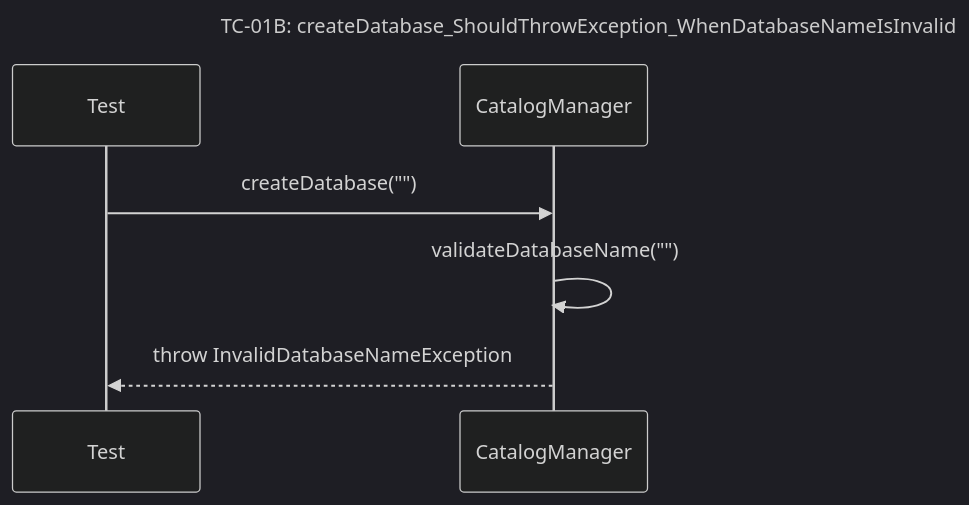
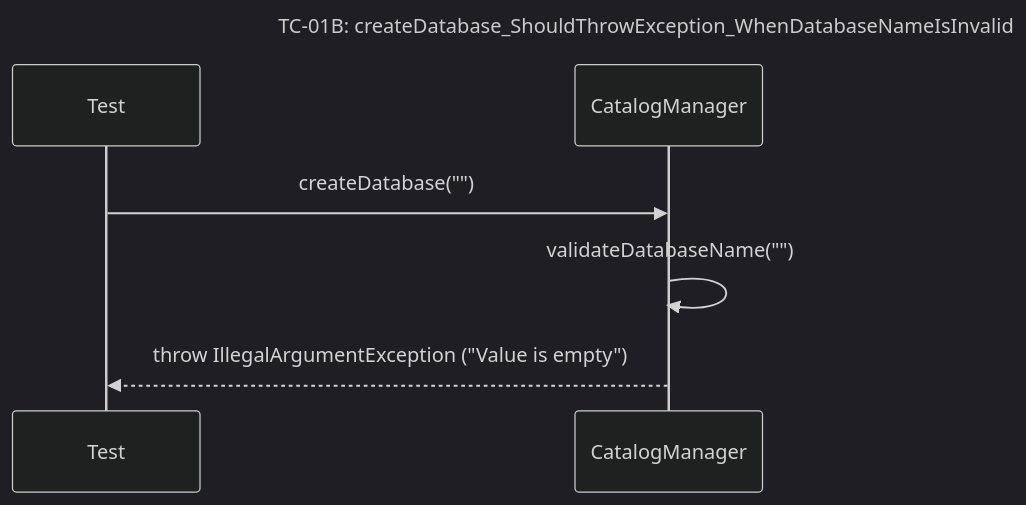
One commit to Dikhang1112/Database_Management_BBV changed the third of 60 diagrams in docs/unit_test/metadata/SequeceTestCase.md. Above: the diagram before and after it, drawn with Mermaid (dark theme). The commit also changed other lines of this file and 40 other files, not shown here.

````diff
--- a/docs/unit_test/metadata/SequeceTestCase.md
+++ b/docs/unit_test/metadata/SequeceTestCase.md
@@ -40,10 +40,10 @@
 ```mermaid
 sequenceDiagram
     title TC-01B: createDatabase_ShouldThrowException_WhenDatabaseNameIsInvalid
     participant Test
     participant CatalogManager
 
     Test->>CatalogManager: createDatabase("")
     CatalogManager->>CatalogManager: validateDatabaseName("")
-    CatalogManager-->>Test: throw InvalidDatabaseNameException
+    CatalogManager-->>Test: throw IllegalArgumentException ("Value is empty")
 ```
````
